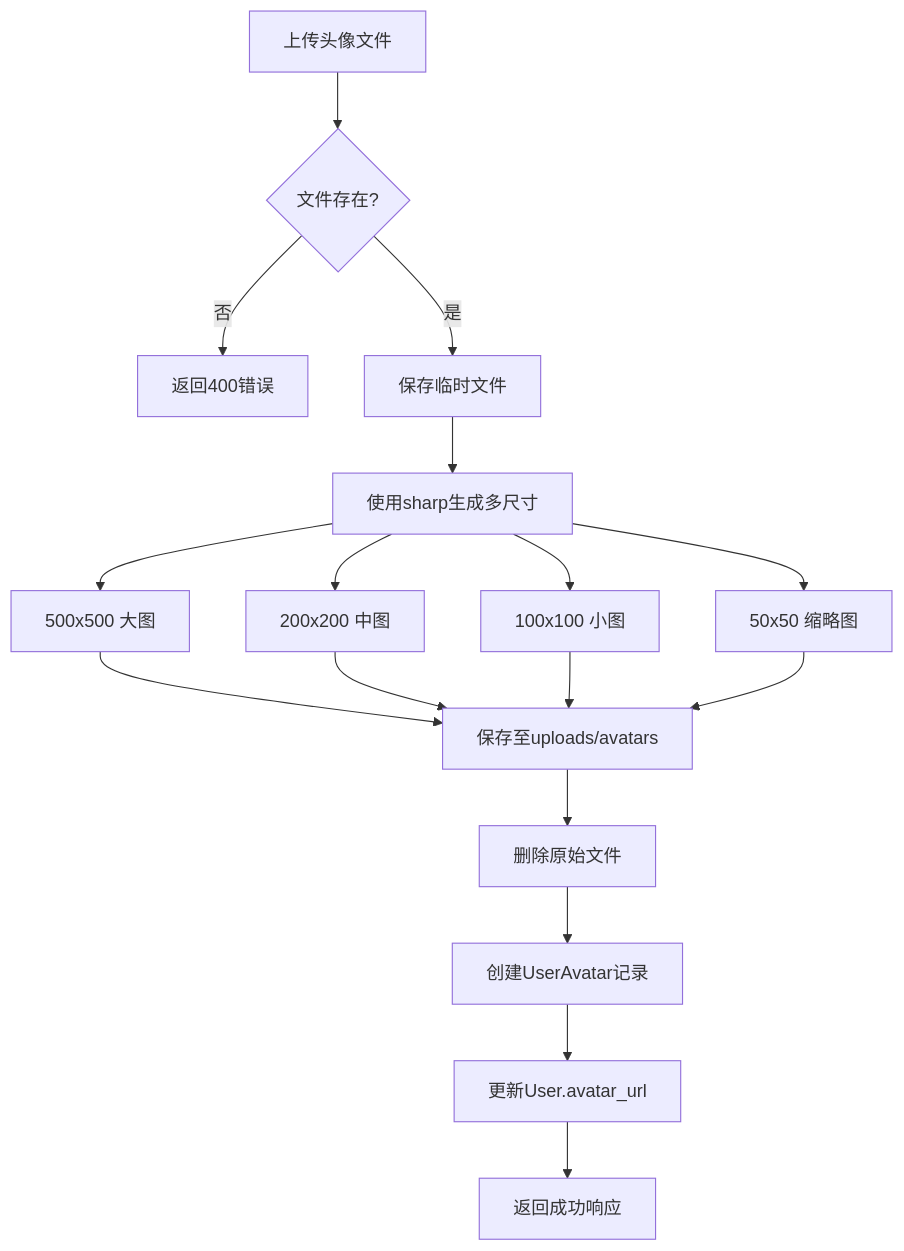
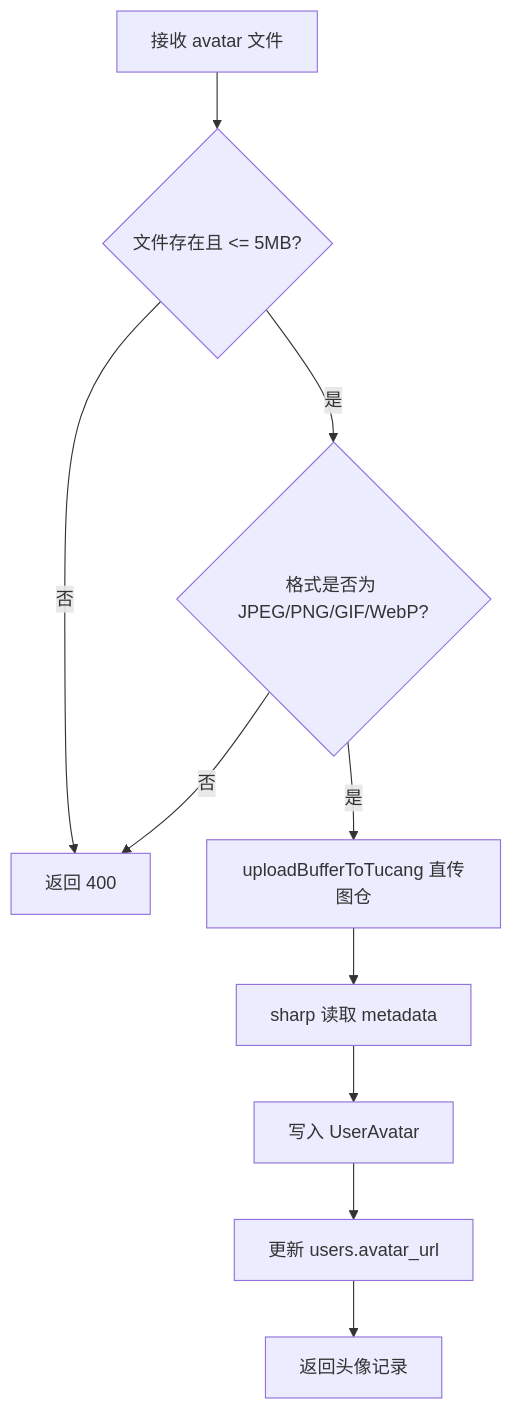
One commit to xingranya/CervixDetectAI changed the second of 2 diagrams in wiki/API参考/用户管理API.md. Above: the diagram before and after it, drawn with Mermaid. The commit also changed other lines of this file and 14 other files, not shown here.

First line of the commit message:
feat(storage): 重构影像存储链路并集成图仓远程同步

````diff
--- a/wiki/API参考/用户管理API.md
+++ b/wiki/API参考/用户管理API.md
@@ -78,19 +49,12 @@
 ```mermaid
 flowchart TD
-A[上传头像文件] --> B{文件存在?}
-B --> |否| C[返回400错误]
-B --> |是| D[保存临时文件]
-D --> E[使用sharp生成多尺寸]
-E --> F[500x500 大图]
-E --> G[200x200 中图]
-E --> H[100x100 小图]
-E --> I[50x50 缩略图]
-F --> J[保存至uploads/avatars]
-G --> J
-H --> J
-I --> J
-J --> K[删除原始文件]
-K --> L[创建UserAvatar记录]
-L --> M[更新User.avatar_url]
-M --> N[返回成功响应]
+  A[接收 avatar 文件] --> B{文件存在且 <= 5MB?}
+  B -->|否| C[返回 400]
+  B -->|是| D{格式是否为 JPEG/PNG/GIF/WebP?}
+  D -->|否| C
+  D -->|是| E[uploadBufferToTucang 直传图仓]
+  E --> F[sharp 读取 metadata]
+  F --> G[写入 UserAvatar]
+  G --> H[更新 users.avatar_url]
+  H --> I[返回头像记录]
 ```
````
